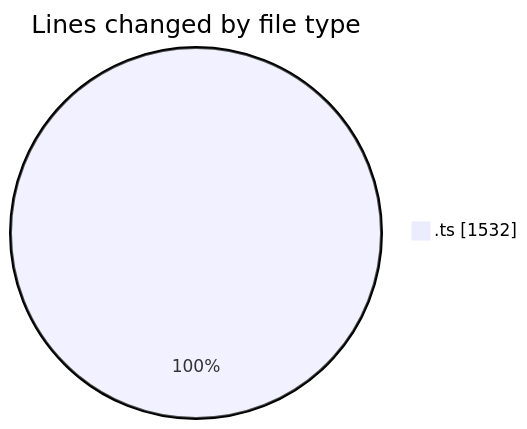
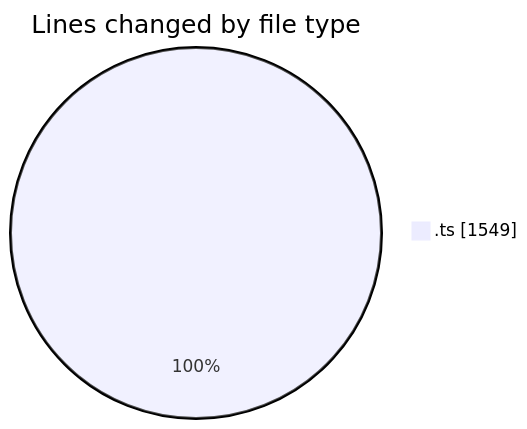
One commit to momahboobian/code-tracking changed the first of 2 diagrams in 2025-08-07/cda/README.md. Above: the diagram before and after it, drawn with Mermaid. The commit also changed other lines of this file and 1 other file, not shown here.

````diff
--- a/2025-08-07/cda/README.md
+++ b/2025-08-07/cda/README.md
@@ -23,5 +23,5 @@
 ```mermaid
 pie showData
 title Lines changed by file type
-".ts" : 1532
+".ts" : 1549
 ```
````
